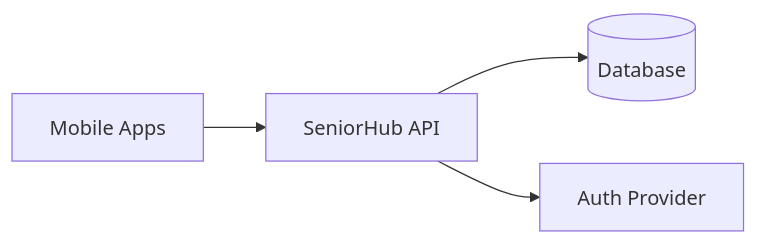
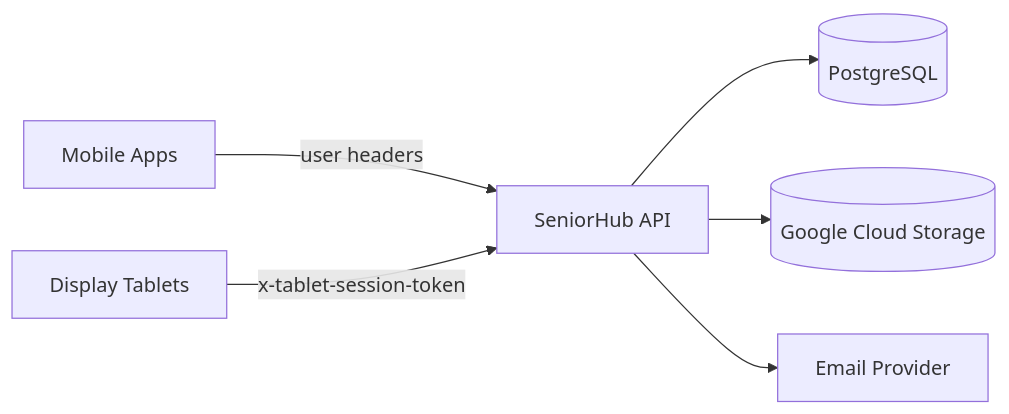
Before and after one commit to bencohensolal/seniorhub-backend: the first of 7 diagrams in ARCHITECTURE.md, drawn with Mermaid. The commit also changed other lines of this file and 12 other files, not shown here.

````diff
--- a/ARCHITECTURE.md
+++ b/ARCHITECTURE.md
@@ -17,11 +20,15 @@
 ```mermaid
 flowchart LR
-  M[Mobile Apps]
+  Mobile[Mobile Apps]
+  Tablet[Display Tablets]
   API[SeniorHub API]
-  DB[(Database)]
-  AUTH[Auth Provider]
+  DB[(PostgreSQL)]
+  GCS[(Google Cloud Storage)]
+  Email[Email Provider]
 
-  M --> API
+  Mobile -->|user headers| API
+  Tablet -->|x-tablet-session-token| API
   API --> DB
-  API --> AUTH
+  API --> GCS
+  API --> Email
 ```
````
